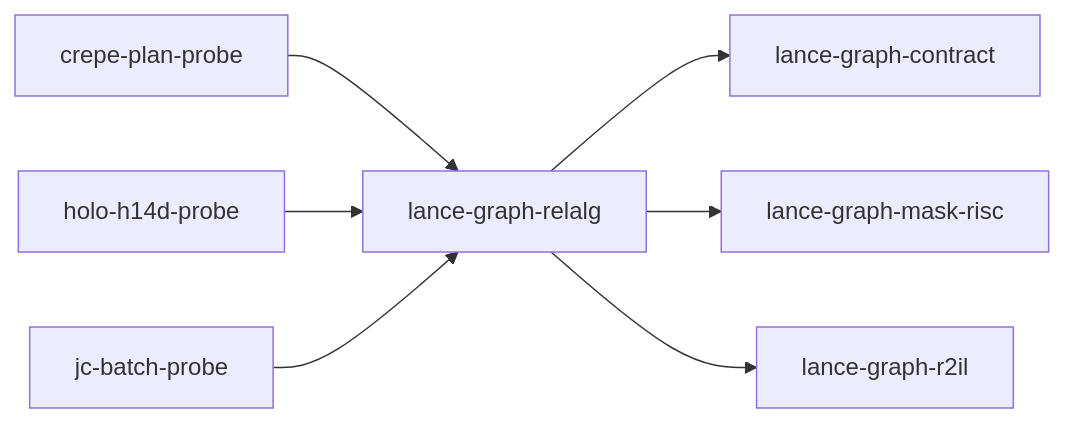
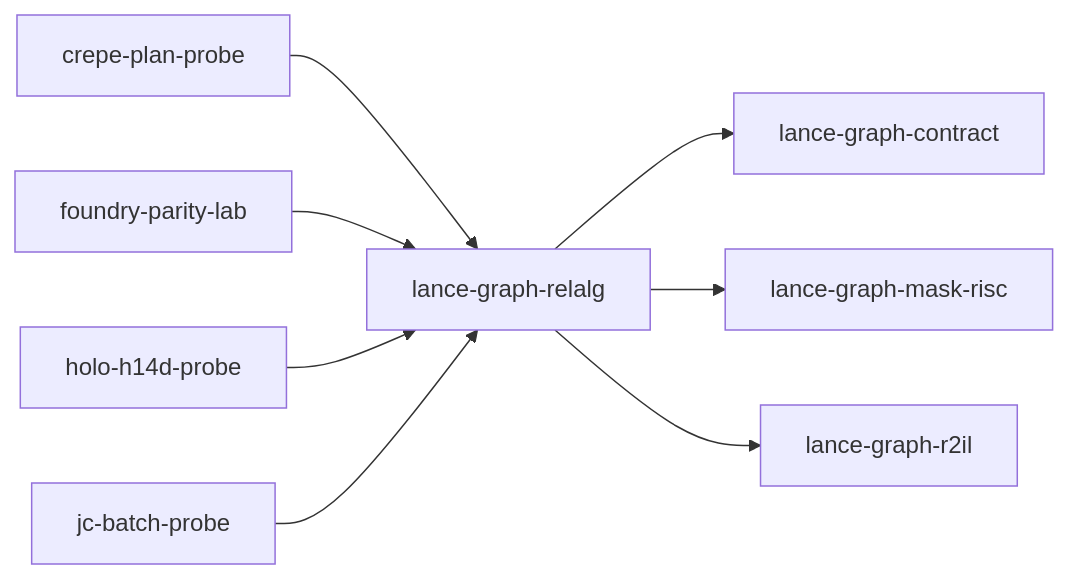
One commit to AdaWorldAPI/lance-graph changed the diagram in .codegraph/crates/lance-graph-relalg.index.md. Above: the diagram before and after it, drawn with Mermaid. The commit also changed other lines of this file and 16 other files, not shown here.

````diff
--- a/.codegraph/crates/lance-graph-relalg.index.md
+++ b/.codegraph/crates/lance-graph-relalg.index.md
@@ -101,16 +103,18 @@
 ```mermaid
 flowchart LR
   n8["crepe-plan-probe"]
+  n18["foundry-parity-lab"]
   n23["holo-h14d-probe"]
   n27["jc-batch-probe"]
   n39["lance-graph-contract"]
   n47["lance-graph-mask-risc"]
   n58["lance-graph-r2il"]
   n60["lance-graph-relalg"]
   n8 --> n60
+  n18 --> n60
   n23 --> n60
   n27 --> n60
   n60 --> n39
   n60 --> n47
   n60 --> n58
 ```
````
